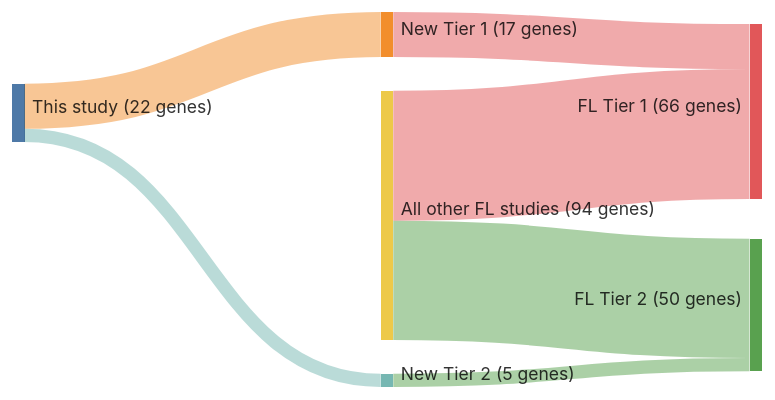
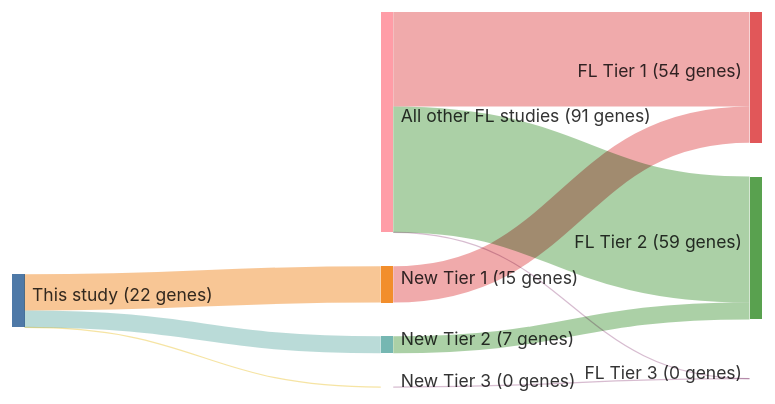
One commit to morinlab/lymphopedia changed the diagram in papers/krysiakRecurrentSomaticMutations2017.md. Above: the diagram before and after it, drawn with Mermaid. The commit also changed other lines of this file and 81 other files, not shown here.

````diff
--- a/papers/krysiakRecurrentSomaticMutations2017.md
+++ b/papers/krysiakRecurrentSomaticMutations2017.md
@@ -12,20 +12,23 @@
 ```mermaid
 ---
 config:
     sankey:
         showValues: true
         linkColor: target
         width: 600
         height: 300
         nodeAlignment: right
         prefix: '('
         suffix: ' genes)'
 ---
 sankey-beta
-This study, New Tier 1, 17
-New Tier 1, FL Tier 1, 17
-This study, New Tier 2, 5
-New Tier 2, FL Tier 2, 5
-All other FL studies, FL Tier 1, 49
-All other FL studies, FL Tier 2, 45
+This study, New Tier 1, 15
+New Tier 1, FL Tier 1, 15
+This study, New Tier 2, 7
+New Tier 2, FL Tier 2, 7
+This study, New Tier 3, 0
+New Tier 3, FL Tier 3, 0
+All other FL studies, FL Tier 1, 39
+All other FL studies, FL Tier 2, 52
+All other FL studies, FL Tier 3, 0
 ```
````
